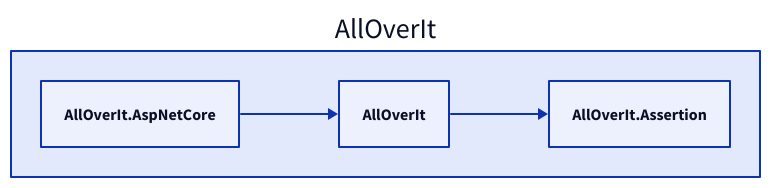
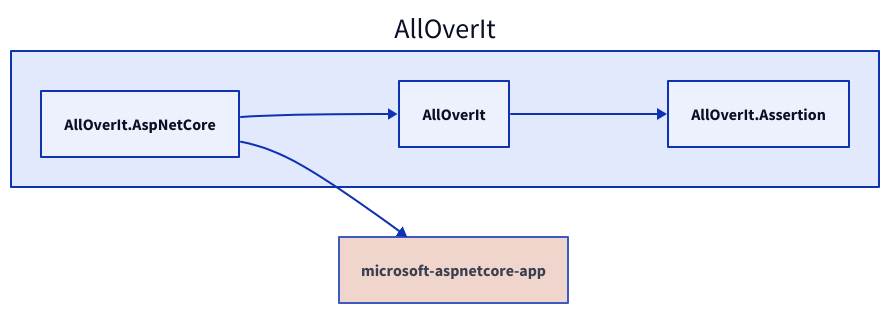
One commit to nickathone/AllOverIt changed the diagram in Docs/Dependencies/alloverit-aspnetcore.d2. Above: the diagram before and after it, drawn with D2. The commit also changed 5 other files, not shown here.

Commit message:
Dependency diagram updates

```diff
--- a/Docs/Dependencies/alloverit-aspnetcore.d2
+++ b/Docs/Dependencies/alloverit-aspnetcore.d2
@@ -1,8 +1,11 @@
 direction: right
 
 aoi: AllOverIt
 aoi.alloverit-aspnetcore: AllOverIt.AspNetCore
+microsoft-aspnetcore-app <- aoi.alloverit-aspnetcore
+microsoft-aspnetcore-app.style.fill: "#ECCBC0"
+microsoft-aspnetcore-app.style.opacity: 0.8
 aoi.alloverit: AllOverIt
 aoi.alloverit-assertion: AllOverIt.Assertion
 aoi.alloverit-assertion <- aoi.alloverit
 aoi.alloverit <- aoi.alloverit-aspnetcore
```
